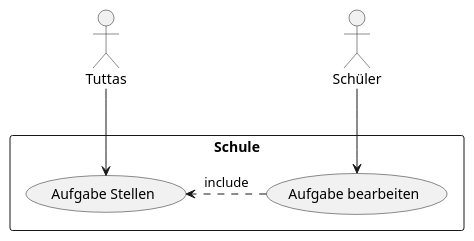
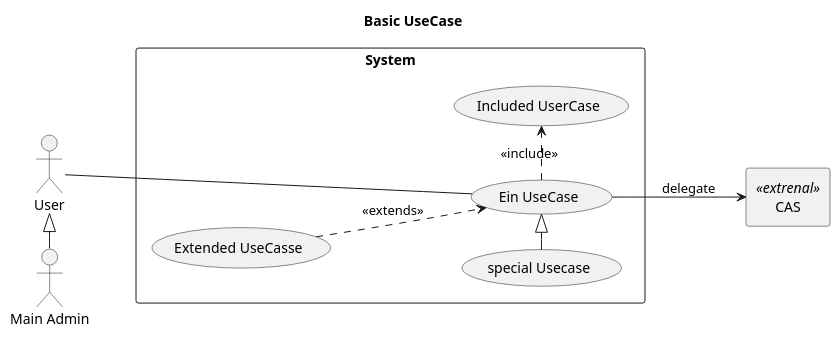
One commit to jtuttas/VSCodeExamples changed the diagram in UML/usecase.wsd. Above: the diagram before and after it, drawn with PlantUML. The commit also changed 8 other files, not shown here.

Commit message:
Mit UML Snippets

```diff
--- a/UML/usecase.wsd
+++ b/UML/usecase.wsd
@@ -1,9 +1,14 @@
 @startuml
-actor Tuttas
-actor Schüler
-rectangle Schule {
-    Tuttas --> (Aufgabe Stellen)
-    (Aufgabe bearbeiten) .> (Aufgabe Stellen):include
-    Schüler --> (Aufgabe bearbeiten)
+title Basic UseCase
+left to right direction 
+:Main Admin: as Admin
+User <|- Admin
+rectangle CAS <<extrenal>>
+rectangle System {
+User --- (Ein UseCase)
+(Ein UseCase) --> CAS : delegate
+(special Usecase) -|> (Ein UseCase)
+(Ein UseCase) .> (Included UserCase):<<include>>
+(Extended UseCasse) ..> (Ein UseCase):<<extends>>
 }
 @enduml
```
